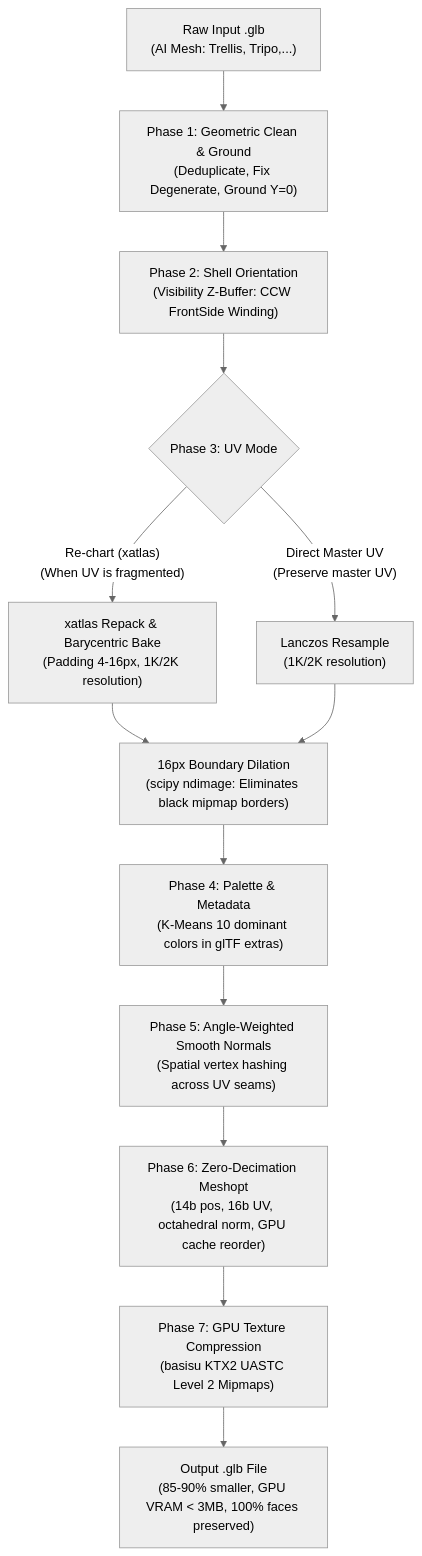
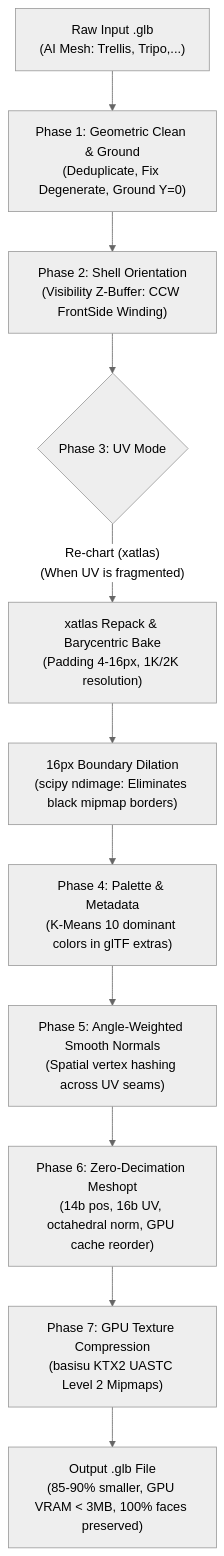
Before and after one commit to braitoli/poc-optimize-3d-model: the diagram in README.md, drawn with Mermaid (neutral theme). The commit also changed other lines of this file and 10 other files, not shown here.

First line of the commit message:
refactor(step3): remove Direct Master UV mode from UI, CLI and tests; add gutter test

````diff
--- a/README.md
+++ b/README.md
@@ -17,15 +17,13 @@
 ```mermaid
 flowchart TD
     A["Raw Input .glb<br/>(AI Mesh: Trellis, Tripo,...)"] --> B["Phase 1: Geometric Clean & Ground<br/>(Deduplicate, Fix Degenerate, Ground Y=0)"]
     B --> C["Phase 2: Shell Orientation<br/>(Visibility Z-Buffer: CCW FrontSide Winding)"]
     C --> D{"Phase 3: UV Mode"}
     D -- "Re-chart (xatlas)<br/>(When UV is fragmented)" --> E["xatlas Repack & Barycentric Bake<br/>(Padding 4-16px, 1K/2K resolution)"]
-    D -- "Direct Master UV<br/>(Preserve master UV)" --> F["Lanczos Resample<br/>(1K/2K resolution)"]
     E --> G["16px Boundary Dilation<br/>(scipy ndimage: Eliminates black mipmap borders)"]
-    F --> G
     G --> H["Phase 4: Palette & Metadata<br/>(K-Means 10 dominant colors in glTF extras)"]
     H --> I["Phase 5: Angle-Weighted Smooth Normals<br/>(Spatial vertex hashing across UV seams)"]
     I --> J["Phase 6: Zero-Decimation Meshopt<br/>(14b pos, 16b UV, octahedral norm, GPU cache reorder)"]
     J --> K["Phase 7: GPU Texture Compression<br/>(basisu KTX2 UASTC Level 2 Mipmaps)"]
     K --> L["Output .glb File<br/>(85-90% smaller, GPU VRAM &lt; 3MB, 100% faces preserved)"]
 ```
````
